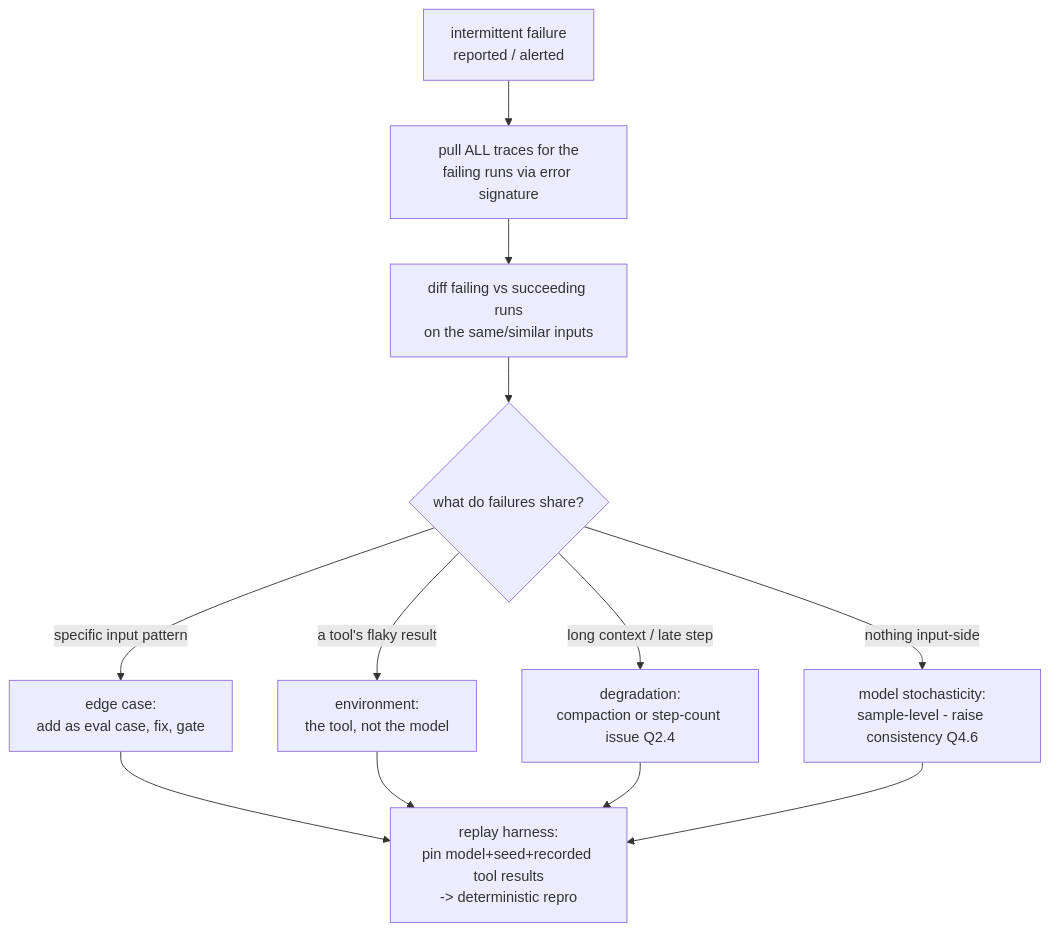
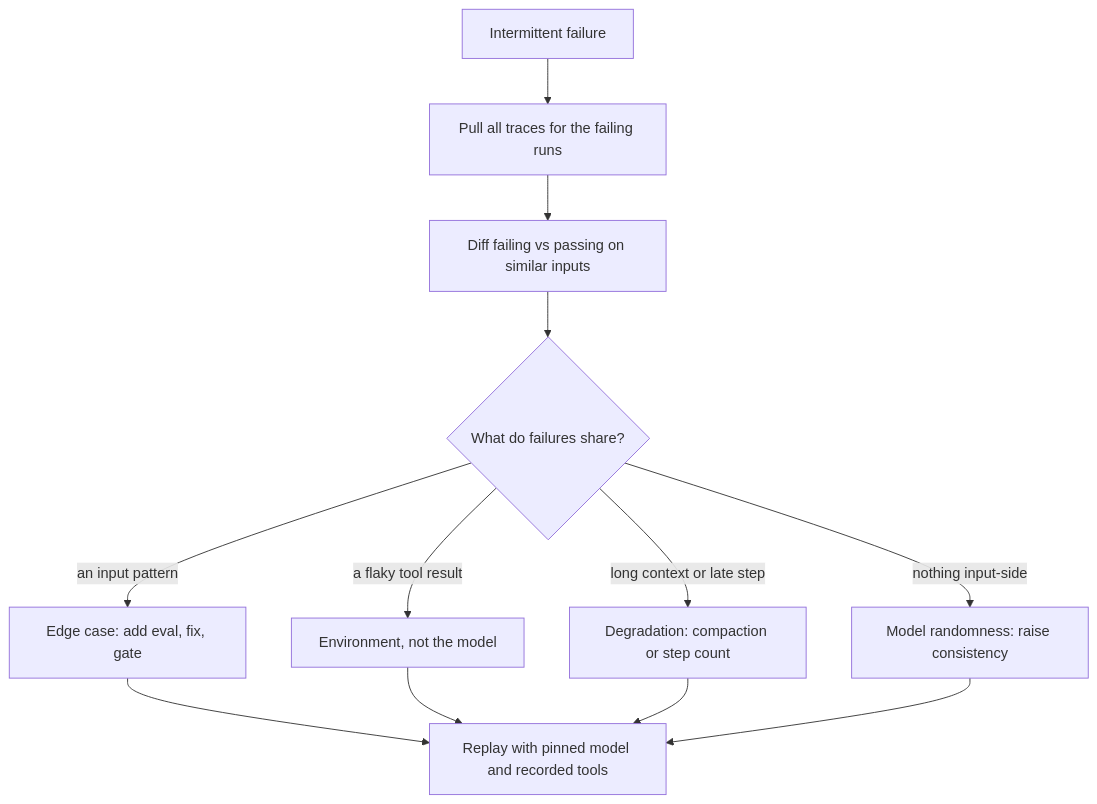
One commit to ashimsharma10/ashimsharma10.github.io changed the eighth of 11 diagrams in data/blog/ai-engineers-swiss-knife.mdx. Above: the diagram before and after it, drawn with Mermaid. The commit also changed other lines of this file and 3 other files, not shown here.

Commit message:
Simplify Swiss Knife write-up: plain prose, no dashes, readable flowcharts, less code

````diff
--- a/data/blog/ai-engineers-swiss-knife.mdx
+++ b/data/blog/ai-engineers-swiss-knife.mdx
@@ -1047,11 +899,14 @@
 ```mermaid
 flowchart TD
-    A[intermittent failure\nreported / alerted] --> B[pull ALL traces for the\nfailing runs via error signature]
-    B --> C[diff failing vs succeeding runs\non the same/similar inputs]
-    C --> D{what do failures share?}
-    D -->|specific input pattern| E[edge case:\nadd as eval case, fix, gate]
-    D -->|a tool's flaky result| F[environment:\nthe tool, not the model]
-    D -->|long context / late step| G[degradation:\ncompaction or step-count issue Q2.4]
-    D -->|nothing input-side| H[model stochasticity:\nsample-level - raise consistency Q4.6]
-    E & F & G & H --> I[replay harness:\npin model+seed+recorded tool results\n-> deterministic repro]
+    A[Intermittent failure] --> B[Pull all traces for the failing runs]
+    B --> C[Diff failing vs passing on similar inputs]
+    C --> D{What do failures share?}
+    D -->|an input pattern| E[Edge case: add eval, fix, gate]
+    D -->|a flaky tool result| F[Environment, not the model]
+    D -->|long context or late step| G[Degradation: compaction or step count]
+    D -->|nothing input-side| H[Model randomness: raise consistency]
+    E --> I[Replay with pinned model and recorded tools]
+    F --> I
+    G --> I
+    H --> I
 ```
````
